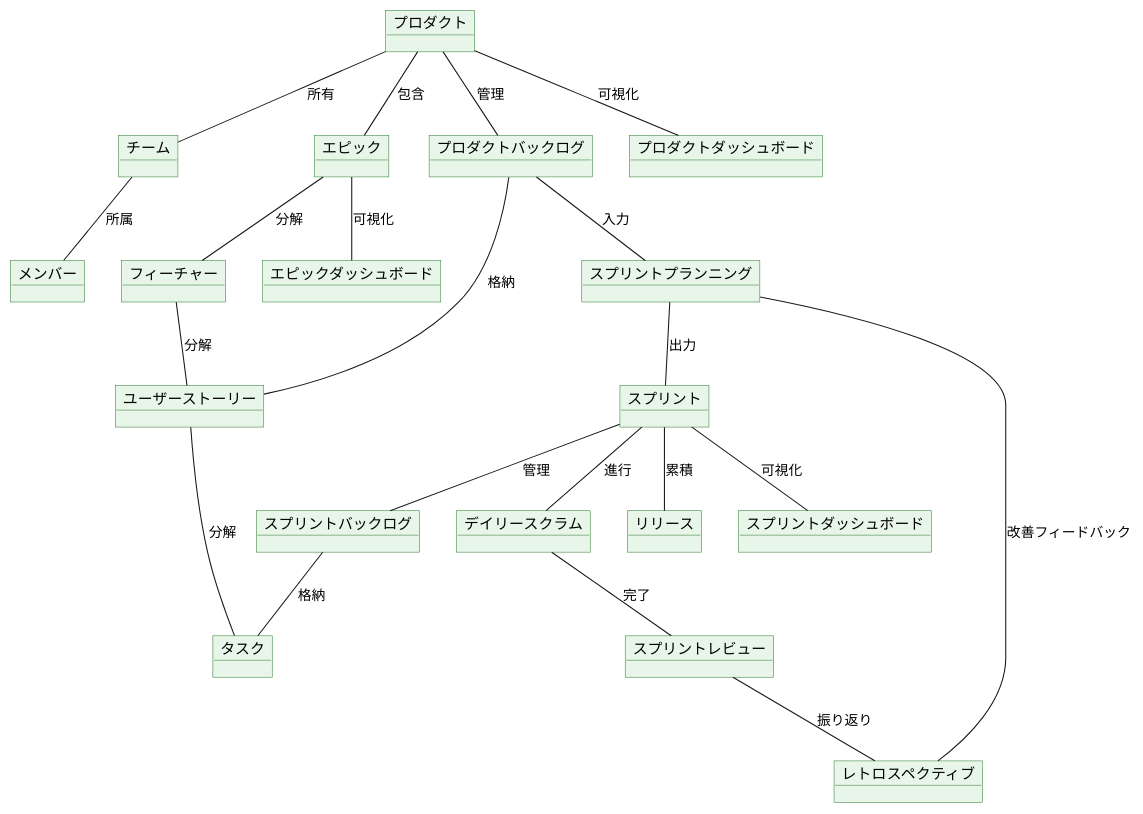
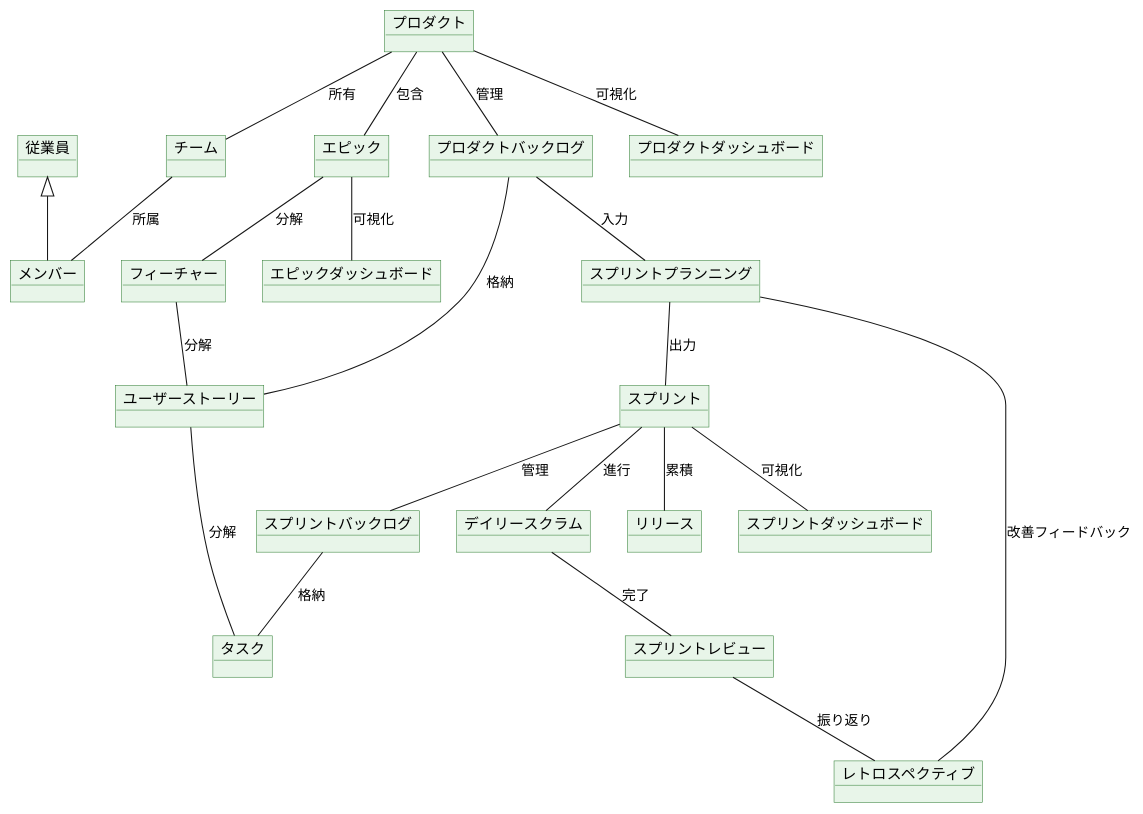
The first of 2 diagrams in docs/11 Requests/機能要望/AG アジルーム/初期機能要望.md (mizo432/modulith-learning), drawn with PlantUML before and after one commit. The commit also changed other lines of this file and 9 other files, not shown here.

````diff
--- a/docs/11 Requests/機能要望/AG アジルーム/初期機能要望.md
+++ b/docs/11 Requests/機能要望/AG アジルーム/初期機能要望.md
@@ -6,59 +6,60 @@
 ```puml
 @startuml
 skinparam objectBackgroundColor #E8F5E9
 skinparam objectBorderColor #2E7D32
 
+object 従業員
 object プロダクト
 object チーム
 object メンバー
 
 object エピック
 object フィーチャー
 object ユーザーストーリー
 object タスク
 
 object プロダクトバックログ
 object スプリント
 object スプリントバックログ
 
 object スプリントプランニング
 object デイリースクラム
 object スプリントレビュー
 object レトロスペクティブ
 
 object リリース
 
 object プロダクトダッシュボード
 object スプリントダッシュボード
 object エピックダッシュボード
 
 プロダクト -- チーム : "所有"
 チーム -- メンバー : "所属"
 
 プロダクト -- エピック : "包含"
 エピック -- フィーチャー : "分解"
 フィーチャー -- ユーザーストーリー : "分解"
 ユーザーストーリー -- タスク : "分解"
 
 プロダクト -- プロダクトバックログ : "管理"
 プロダクトバックログ -- ユーザーストーリー : "格納"
 
 スプリント -- スプリントバックログ : "管理"
 スプリントバックログ -- タスク : "格納"
 
 プロダクトバックログ -- スプリントプランニング : "入力"
 スプリントプランニング -- スプリント : "出力"
 スプリント -- デイリースクラム : "進行"
 デイリースクラム -- スプリントレビュー : "完了"
 スプリントレビュー -- レトロスペクティブ : "振り返り"
 レトロスペクティブ -- スプリントプランニング : "改善フィードバック"
 
 スプリント -- リリース : "累積"
 
 プロダクト -- プロダクトダッシュボード : "可視化"
 スプリント -- スプリントダッシュボード : "可視化"
 エピック -- エピックダッシュボード : "可視化"
 
+従業員 <|-- メンバー
 @enduml
-
 ```
````
